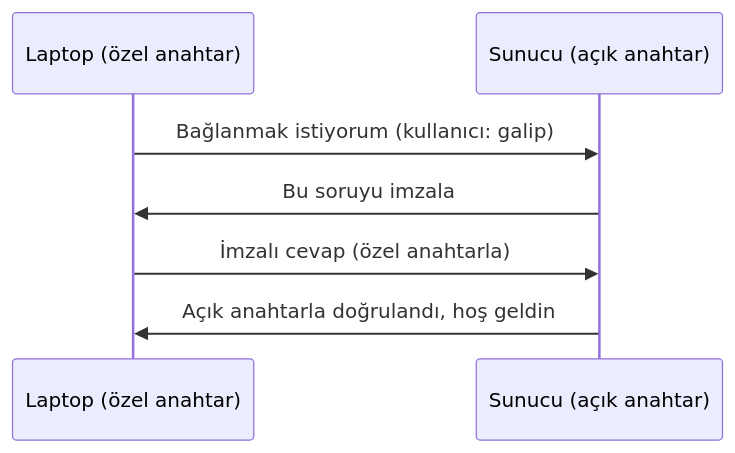
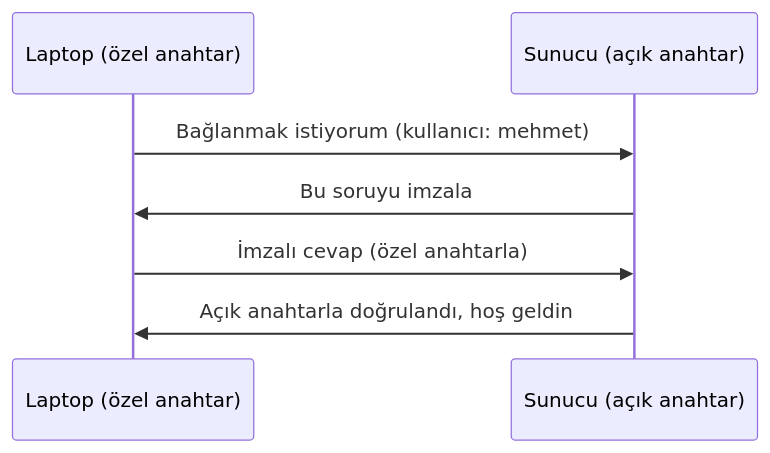
Before and after one commit to GalipSoken/atlas: the diagram in docs/01-linux/06-ssh.md, drawn with Mermaid. The commit also changed other lines of this file and 36 other files, not shown here.

````diff
--- a/docs/01-linux/06-ssh.md
+++ b/docs/01-linux/06-ssh.md
@@ -20,9 +20,9 @@
 ```mermaid
 sequenceDiagram
     participant L as Laptop (özel anahtar)
     participant S as Sunucu (açık anahtar)
-    L->>S: Bağlanmak istiyorum (kullanıcı: galip)
+    L->>S: Bağlanmak istiyorum (kullanıcı: mehmet)
     S->>L: Bu soruyu imzala
     L->>S: İmzalı cevap (özel anahtarla)
     S->>L: Açık anahtarla doğrulandı, hoş geldin
 ```
````
